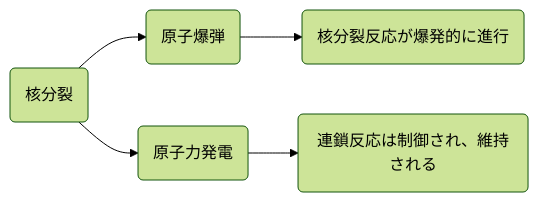
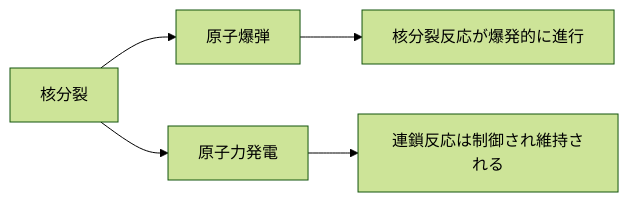
Before and after one commit to yoshikouki/AI_explanation_of_Nuclear_Fusion: the fourth of 4 diagrams in explanation.md, drawn with Mermaid (forest theme). The commit also changed other lines of this file, not shown here.

Commit message:
Fix Mermaid エラー

````diff
--- a/explanation.md
+++ b/explanation.md
@@ -51,7 +51,7 @@
 ```mermaid
 graph LR
-A(核分裂) --> B(原子爆弾)
-A --> C(原子力発電)
-B --> D(核分裂反応が爆発的に進行)
-C --> E(連鎖反応は制御され、維持される)
+A[核分裂] --> B[原子爆弾]
+A --> C[原子力発電]
+B --> D[核分裂反応が爆発的に進行]
+C --> E[連鎖反応は制御され維持される]
 ```
````
